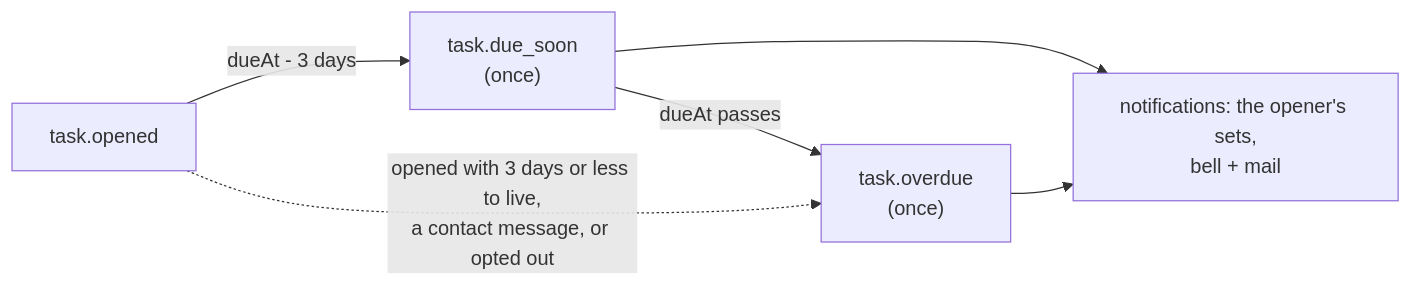
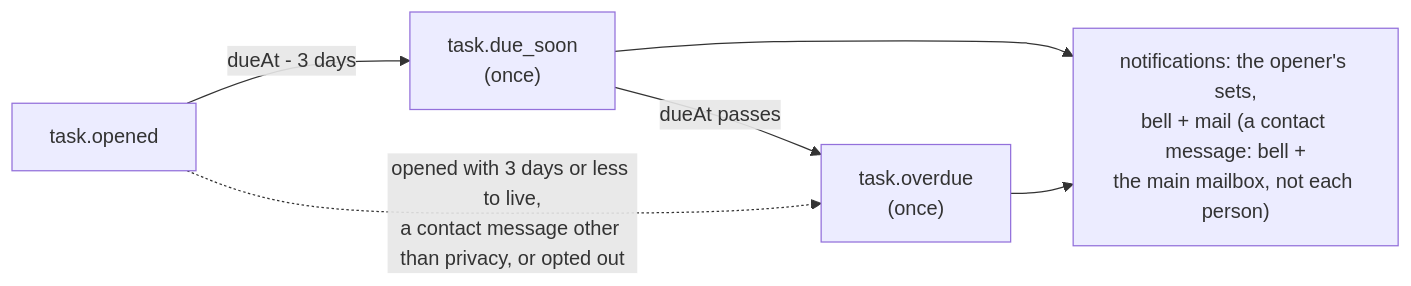
The fourth of 5 diagrams in docs/modules/tasks.md (Guebbit/boilerplate-node-backend), drawn with Mermaid before and after one commit. The commit also changed other lines of this file and 20 other files, not shown here.

````diff
--- a/docs/modules/tasks.md
+++ b/docs/modules/tasks.md
@@ -230,8 +234,8 @@
 ```mermaid
 flowchart LR
     O["task.opened"] -->|"dueAt - 3 days"| S["task.due_soon<br/>(once)"]
     S -->|"dueAt passes"| V["task.overdue<br/>(once)"]
-    O -.->|"opened with 3 days or less to live,<br/>a contact message, or opted out"| V
-    S --> N["notifications: the opener's sets,<br/>bell + mail"]
+    O -.->|"opened with 3 days or less to live,<br/>a contact message other than privacy, or opted out"| V
+    S --> N["notifications: the opener's sets,<br/>bell + mail (a contact message: bell +<br/>the main mailbox, not each person)"]
     V --> N
 ```
````
